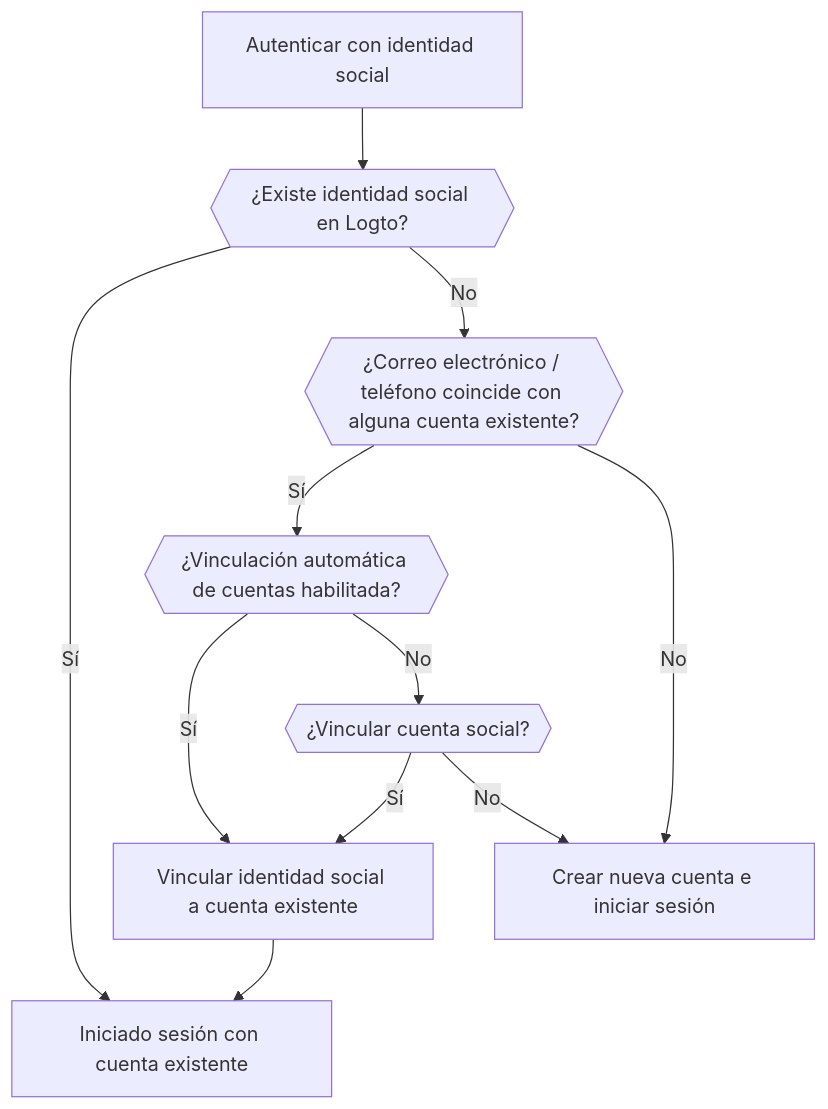
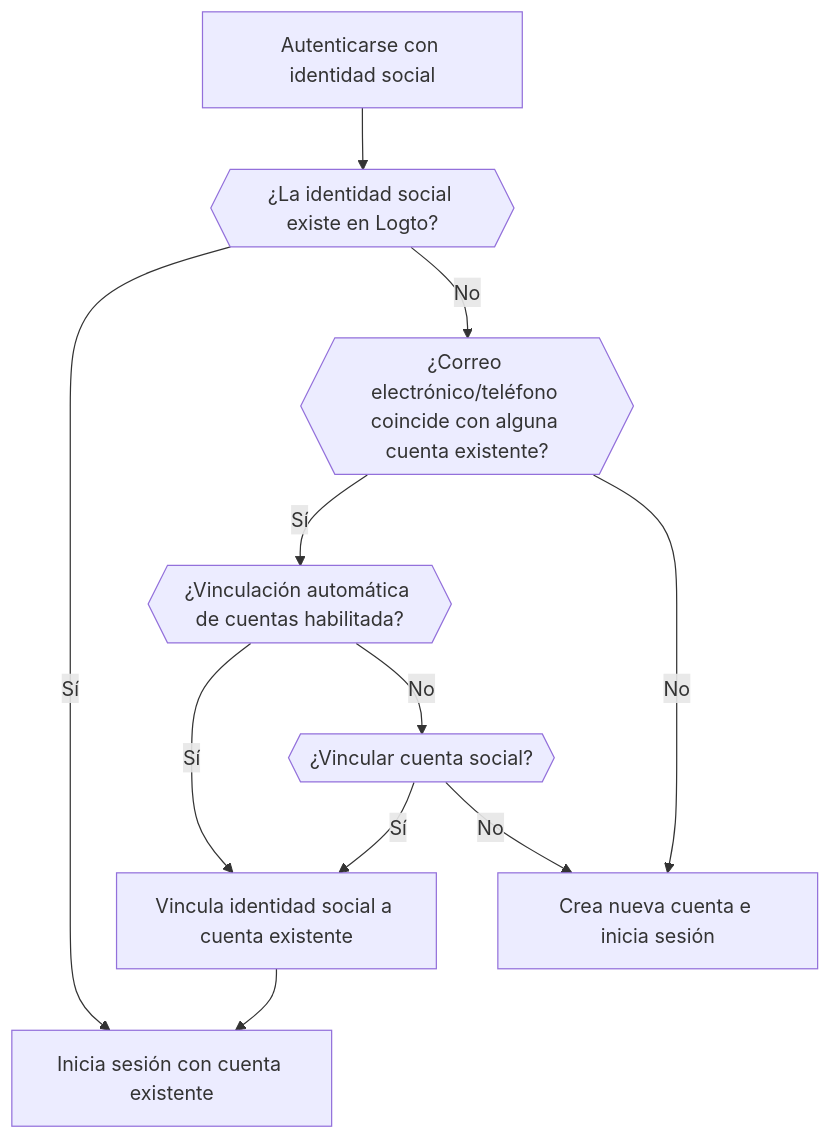
One commit to logto-io/docs changed the second of 6 diagrams in i18n/es/docusaurus-plugin-content-docs/current/end-user-flows/sign-up-and-sign-in/social-sign-in.mdx. Above: the diagram before and after it, drawn with Mermaid. The commit also changed other lines of this file and 59 other files, not shown here.

````diff
--- a/i18n/es/docusaurus-plugin-content-docs/current/end-user-flows/sign-up-and-sign-in/social-sign-in.mdx
+++ b/i18n/es/docusaurus-plugin-content-docs/current/end-user-flows/sign-up-and-sign-in/social-sign-in.mdx
@@ -105,13 +80,13 @@
     ```mermaid
     flowchart TD
-    A[Autenticar con identidad social] --> B{{¿Existe identidad social en Logto?}}
-    B -- Sí --> C[Iniciado sesión con cuenta existente]
-    B -- No --> D{{¿Correo electrónico / teléfono coincide con alguna cuenta existente?}}
+    A[Autenticarse con identidad social] --> B{{¿La identidad social existe en Logto?}}
+    B -- Sí --> C[Inicia sesión con cuenta existente]
+    B -- No --> D{{¿Correo electrónico/teléfono coincide con alguna cuenta existente?}}
     D -- Sí --> E{{¿Vinculación automática de cuentas habilitada?}}
-    E -- Sí --> G[Vincular identidad social a cuenta existente]
+    E -- Sí --> G[Vincula identidad social a cuenta existente]
     G --> C
-    D -- No --> H[Crear nueva cuenta e iniciar sesión]
+    D -- No --> H[Crea nueva cuenta e inicia sesión]
     E -- No --> I{{¿Vincular cuenta social?}}
     I -- Sí --> G
     I -- No --> H
     ```
````
